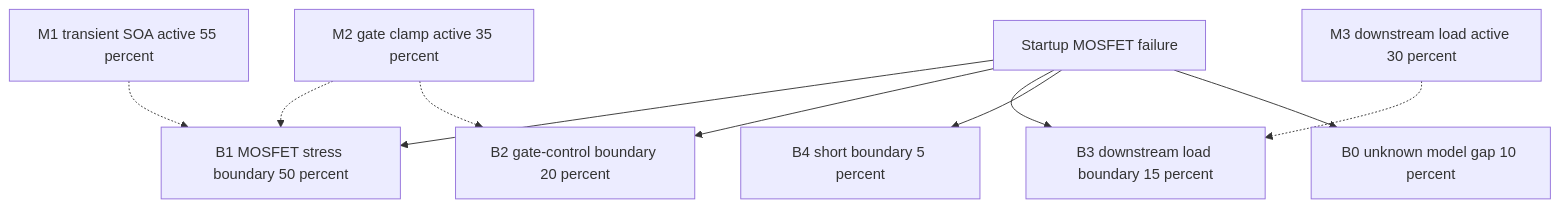
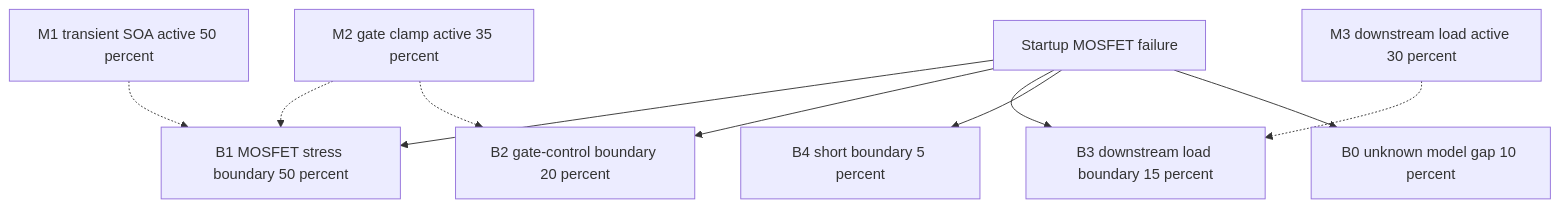
The second of 3 diagrams in regression/output_validator_smoke_cases/architecture_hotswap_good.md (joyhpc/DebugTool), drawn with Mermaid before and after one commit. The commit also changed other lines of this file and 17 other files, not shown here.

Commit message:
Harden architecture-first validation gates

````diff
--- a/regression/output_validator_smoke_cases/architecture_hotswap_good.md
+++ b/regression/output_validator_smoke_cases/architecture_hotswap_good.md
@@ -85,12 +85,12 @@
 ```mermaid
 flowchart TD
 H0[Startup MOSFET failure] --> B1[B1 MOSFET stress boundary 50 percent]
 H0 --> B2[B2 gate-control boundary 20 percent]
 H0 --> B3[B3 downstream load boundary 15 percent]
 H0 --> B4[B4 short boundary 5 percent]
 H0 --> B0[B0 unknown model gap 10 percent]
-M1[M1 transient SOA active 55 percent] -.-> B1
+M1[M1 transient SOA active 50 percent] -.-> B1
 M2[M2 gate clamp active 35 percent] -.-> B1
 M2 -.-> B2
 M3[M3 downstream load active 30 percent] -.-> B3
 ```
````
